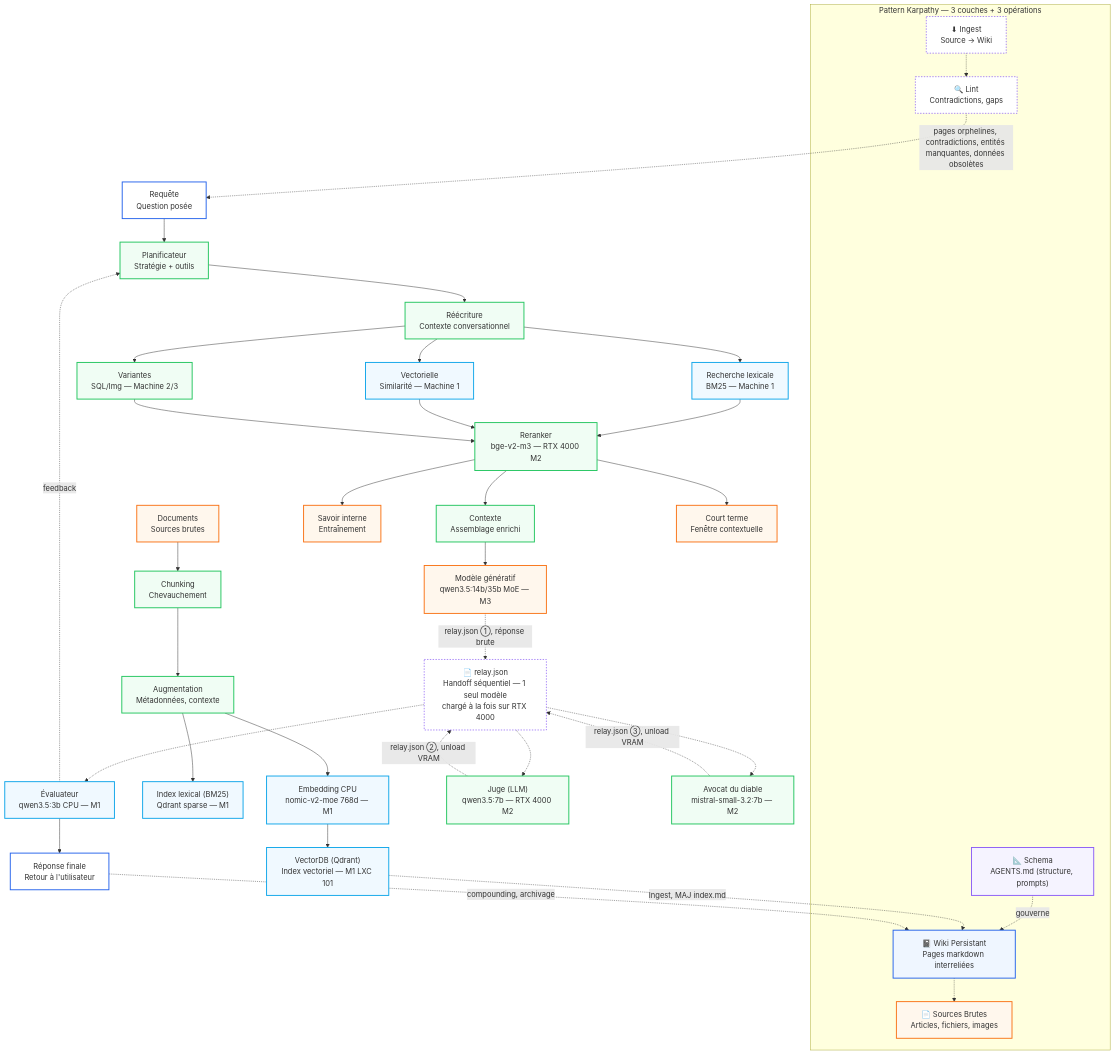
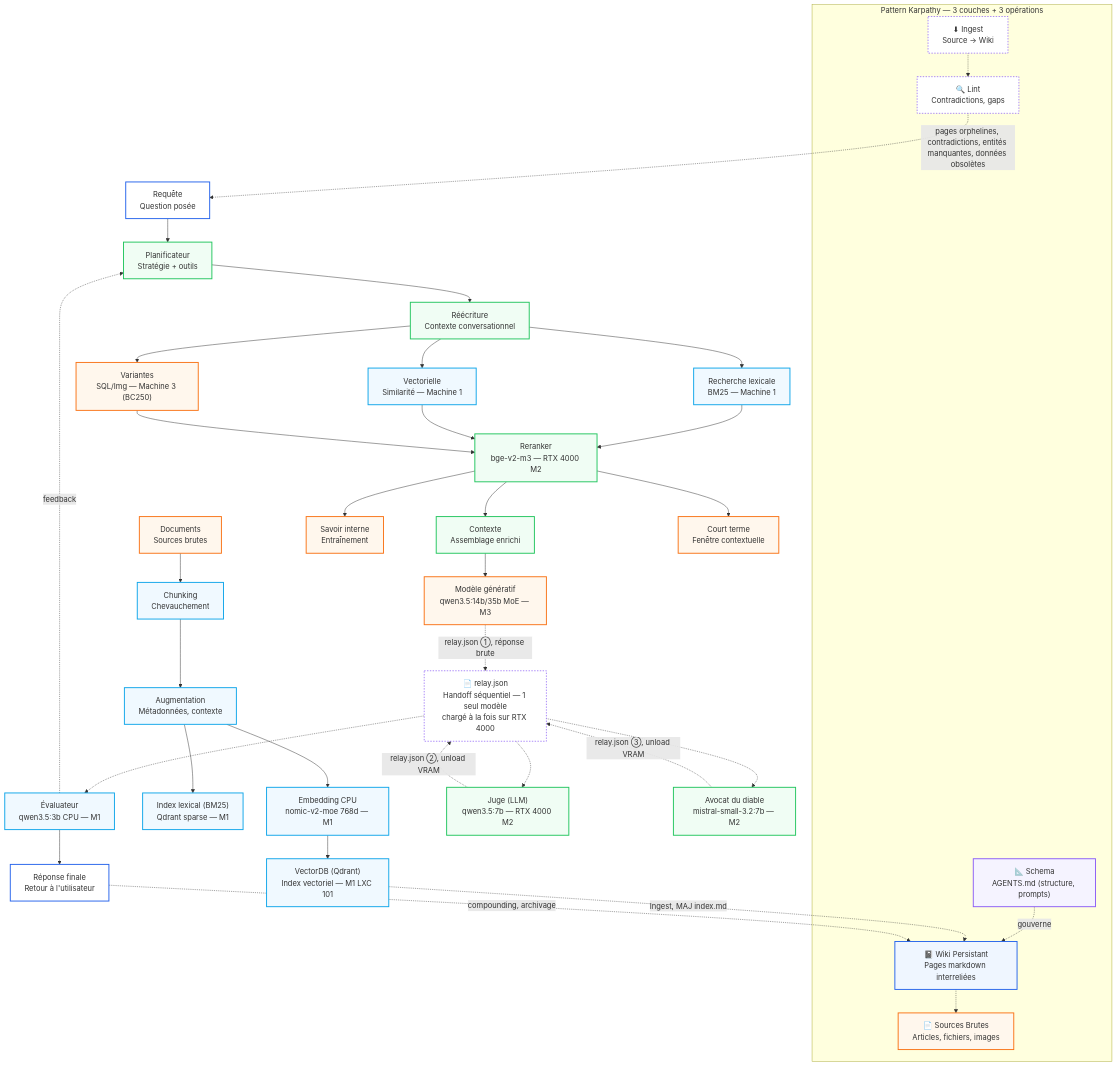
One commit to chelmooz/rag-multi-agent-cluster changed the first of 2 diagrams in docs/architecture.md. Above: the diagram before and after it, drawn with Mermaid. The commit also changed other lines of this file and 2 other files, not shown here.

Commit message:
docs: Phase 1 Hybrid Search plan + architecture fixes (Chunking/Augment→M1, Variantes→M3, Relay node in infra diagram)

````diff
--- a/docs/architecture.md
+++ b/docs/architecture.md
@@ -7,73 +7,73 @@
 ```mermaid
 flowchart TB
     classDef schema fill:#f5f3ff,stroke:#8b5cf6,stroke-width:2px
     classDef wiki fill:#eff6ff,stroke:#2563eb,stroke-width:2px
     classDef src fill:#fff7ed,stroke:#f97316,stroke-width:2px
     classDef m1 fill:#f0f9ff,stroke:#0ea5e9,stroke-width:2px
     classDef m2 fill:#f0fdf4,stroke:#22c55e,stroke-width:2px
     classDef m3 fill:#fff7ed,stroke:#f97316,stroke-width:2px
     classDef op fill:#ffffff,stroke:#8b5cf6,stroke-width:1.5px,stroke-dasharray: 3 3
     classDef final fill:#ffffff,stroke:#2563eb,stroke-width:2px
 
     subgraph Karpathy["Pattern Karpathy — 3 couches + 3 opérations"]
         Schema["📐 Schema<br/>AGENTS.md (structure, prompts)"]:::schema
         WikiPersist["📓 Wiki Persistant<br/>Pages markdown interreliées"]:::wiki
         Sources["📄 Sources Brutes<br/>Articles, fichiers, images"]:::src
         Ingest["⬇ Ingest<br/>Source → Wiki"]:::op
         Lint["🔍 Lint<br/>Contradictions, gaps"]:::op
     end
 
     Documents["Documents<br/>Sources brutes"]:::src
-    Chunking["Chunking<br/>Chevauchement"]:::m2
-    Augment["Augmentation<br/>Métadonnées, contexte"]:::m2
+    Chunking["Chunking<br/>Chevauchement"]:::m1
+    Augment["Augmentation<br/>Métadonnées, contexte"]:::m1
     BM25["Index lexical (BM25)<br/>Qdrant sparse — M1"]:::m1
     EmbedCPU["Embedding CPU<br/>nomic-v2-moe 768d — M1"]:::m1
     VectorDB["VectorDB (Qdrant)<br/>Index vectoriel — M1 LXC 101"]:::m1
 
     Requete["Requête<br/>Question posée"]:::final
     Planif["Planificateur<br/>Stratégie + outils"]:::m2
     Rewrite["Réécriture<br/>Contexte conversationnel"]:::m2
     RechLex["Recherche lexicale<br/>BM25 — Machine 1"]:::m1
     RechVec["Vectorielle<br/>Similarité — Machine 1"]:::m1
-    Variantes["Variantes<br/>SQL/Img — Machine 2/3"]:::m2
+    Variantes["Variantes<br/>SQL/Img — Machine 3 (BC250)"]:::m3
     Rerank["Reranker<br/>bge-v2-m3 — RTX 4000 M2"]:::m2
     SavoirInterne["Savoir interne<br/>Entraînement"]:::src
     Contexte["Contexte<br/>Assemblage enrichi"]:::m2
     CourtTerme["Court terme<br/>Fenêtre contextuelle"]:::src
     ModeleGen["Modèle génératif<br/>qwen3.5:14b/35b MoE — M3"]:::m3
     JugeLLM["Juge (LLM)<br/>qwen3.5:7b — RTX 4000 M2"]:::m2
     Avocat["Avocat du diable<br/>mistral-small-3.2:7b — M2"]:::m2
     Evaluateur["Évaluateur<br/>qwen3.5:3b CPU — M1"]:::m1
     Relay["📄 relay.json<br/>Handoff séquentiel — 1 seul modèle<br/>chargé à la fois sur RTX 4000"]:::op
     ReponseFinale["Réponse finale<br/>Retour à l'utilisateur"]:::final
 
     Schema -.->|gouverne| WikiPersist -.-> Sources
     Ingest -.-> Lint
 
     Documents --> Chunking --> Augment
     Augment --> BM25
     Augment --> EmbedCPU --> VectorDB
     VectorDB -.->|Ingest, MAJ index.md| WikiPersist
 
     Requete --> Planif --> Rewrite
     Rewrite --> RechLex
     Rewrite --> RechVec
     Rewrite --> Variantes
     RechLex --> Rerank
     RechVec --> Rerank
     Variantes --> Rerank
     Rerank --> SavoirInterne
     Rerank --> Contexte
     Rerank --> CourtTerme
     Contexte --> ModeleGen
     ModeleGen -.->|relay.json ①, réponse brute| Relay
     Relay -.-> JugeLLM
     JugeLLM -.->|relay.json ②, unload VRAM| Relay
     Relay -.-> Avocat
     Avocat -.->|relay.json ③, unload VRAM| Relay
     Relay -.-> Evaluateur
     Evaluateur --> ReponseFinale
     Evaluateur -.->|feedback| Planif
     ReponseFinale -.->|compounding, archivage| WikiPersist
     Lint -.->|pages orphelines, contradictions, entités manquantes, données obsolètes| Requete
 ```
````
